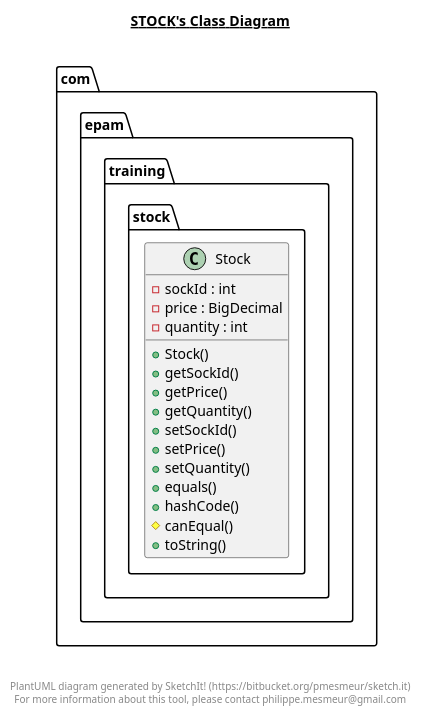
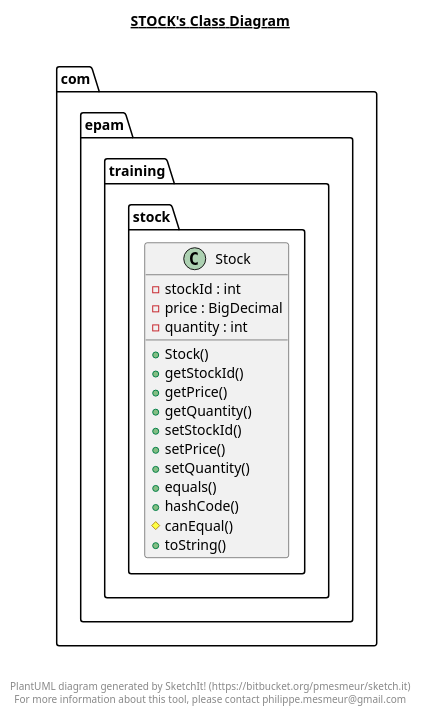
Before and after one commit to nik-nenkov/tutoring-rest-api-with-java: the diagram in src/main/java/com/epam/training/stock/stock.plantuml, drawn with PlantUML. The commit also changed 111 other files, not shown here.

```diff
--- a/src/main/java/com/epam/training/stock/stock.plantuml
+++ b/src/main/java/com/epam/training/stock/stock.plantuml
@@ -1,36 +1,36 @@
 @startuml
 
 title __STOCK's Class Diagram__\n
 
   package com.epam.training {
     package com.epam.training.stock {
       class Stock {
-          - sockId : int
+          - stockId : int
           - price : BigDecimal
           - quantity : int
           + Stock()
-          + getSockId()
+          + getStockId()
           + getPrice()
           + getQuantity()
-          + setSockId()
+          + setStockId()
           + setPrice()
           + setQuantity()
           + equals()
           + hashCode()
           # canEqual()
           + toString()
       }
     }
   }
   
 
 
 
 right footer
 
 
 PlantUML diagram generated by SketchIt! (https://bitbucket.org/pmesmeur/sketch.it)
 For more information about this tool, please contact philippe.mesmeur@gmail.com
 endfooter
 
 @enduml
```
